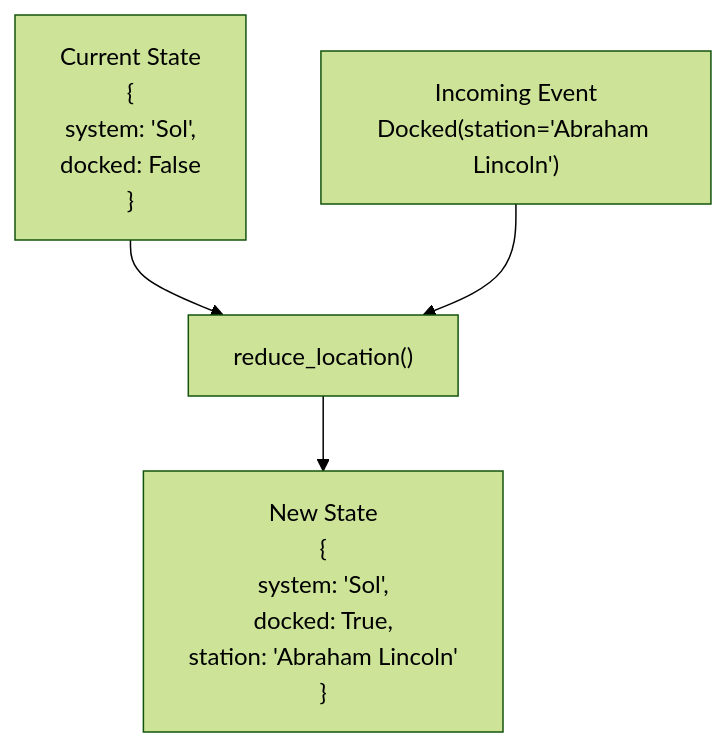
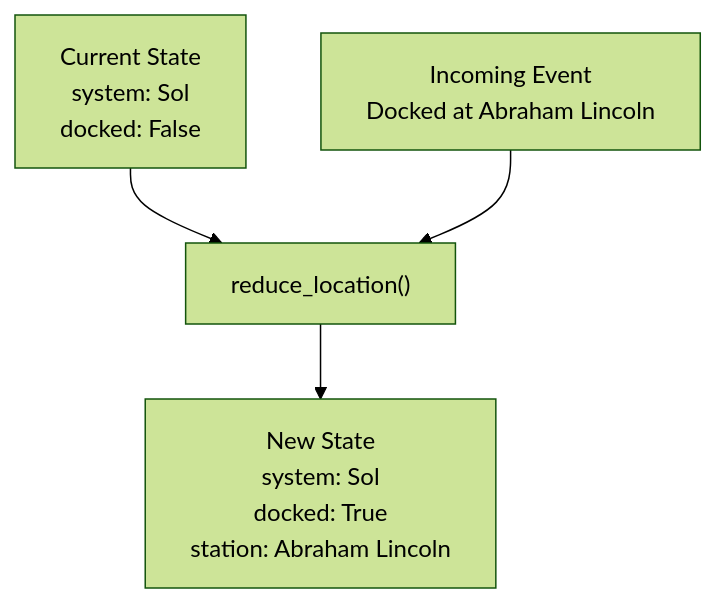
Before and after one commit to mnaatjes/ed-fleet-client: the third of 10 diagrams in architecture/notes/event_driven_telemetry_and_state_fundamentals.md, drawn with Mermaid (forest theme). The commit also changed other lines of this file, not shown here.

Commit message:
docs(architecture): sanitize mermaid diagram syntax in fundamentals guide

````diff
--- a/architecture/notes/event_driven_telemetry_and_state_fundamentals.md
+++ b/architecture/notes/event_driven_telemetry_and_state_fundamentals.md
@@ -71,6 +71,6 @@
 ```mermaid
 flowchart TD
-    Current["Current State\n{\n  system: 'Sol',\n  docked: False\n}"] --> Reducer["reduce_location()"]
-    Event["Incoming Event\nDocked(station='Abraham Lincoln')"] --> Reducer
-    Reducer --> NewState["New State\n{\n  system: 'Sol',\n  docked: True,\n  station: 'Abraham Lincoln'\n}"]
+    Current["Current State<br/>system: Sol<br/>docked: False"] --> Reducer["reduce_location()"]
+    Event["Incoming Event<br/>Docked at Abraham Lincoln"] --> Reducer
+    Reducer --> NewState["New State<br/>system: Sol<br/>docked: True<br/>station: Abraham Lincoln"]
 ```
````
